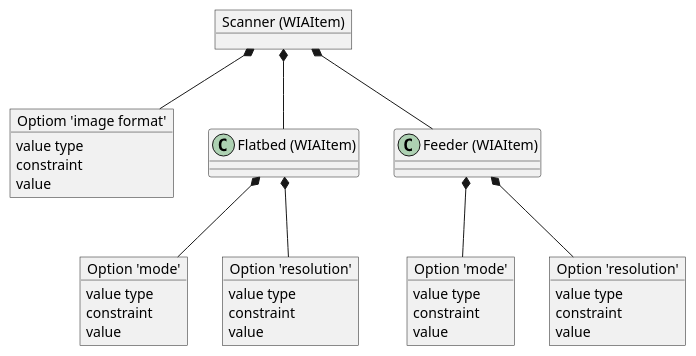
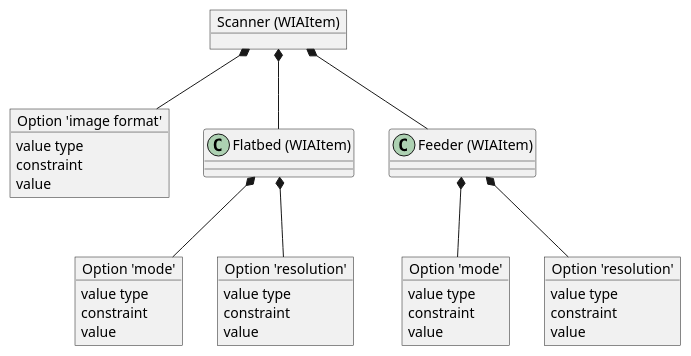
Before and after one commit to openpaperwork/libinsane: the second of 2 diagrams in doc/source/scan_apis.rst, drawn with PlantUML.

Commit message:
Doc/scan_api: typo

```diff
--- a/doc/source/scan_apis.rst
+++ b/doc/source/scan_apis.rst
@@ -112,38 +112,38 @@
 .. uml::
 
     @startuml
     object "Scanner (WIAItem)" as scanner
-    object "Optiom 'image format'" as format
+    object "Option 'image format'" as format
     object "Option 'mode'" as mode1
     object "Option 'mode'" as mode2
     object "Option 'resolution'" as res1
     object "Option 'resolution'" as res2
 
     scanner *-- "Flatbed (WIAItem)"
     scanner *-- "Feeder (WIAItem)"
 
     scanner *-- format
     format : value type
     format : constraint
     format : value
 
     "Flatbed (WIAItem)" *-- res1
     res1 : value type
     res1 : constraint
     res1 : value
 
     "Flatbed (WIAItem)" *-- mode1
     mode1 : value type
     mode1 : constraint
     mode1 : value
 
     "Feeder (WIAItem)" *-- res2
     res2 : value type
     res2 : constraint
     res2 : value
 
     "Feeder (WIAItem)" *-- mode2
     mode2 : value type
     mode2 : constraint
     mode2 : value
     @enduml
```
